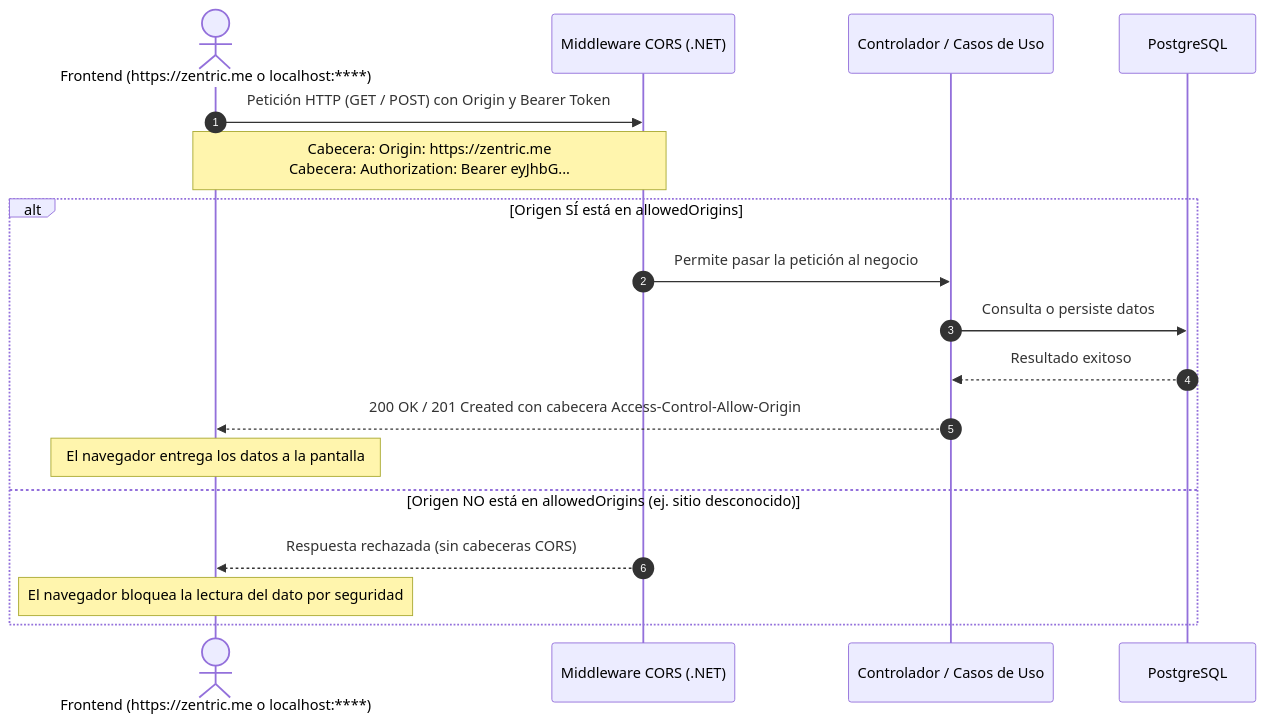
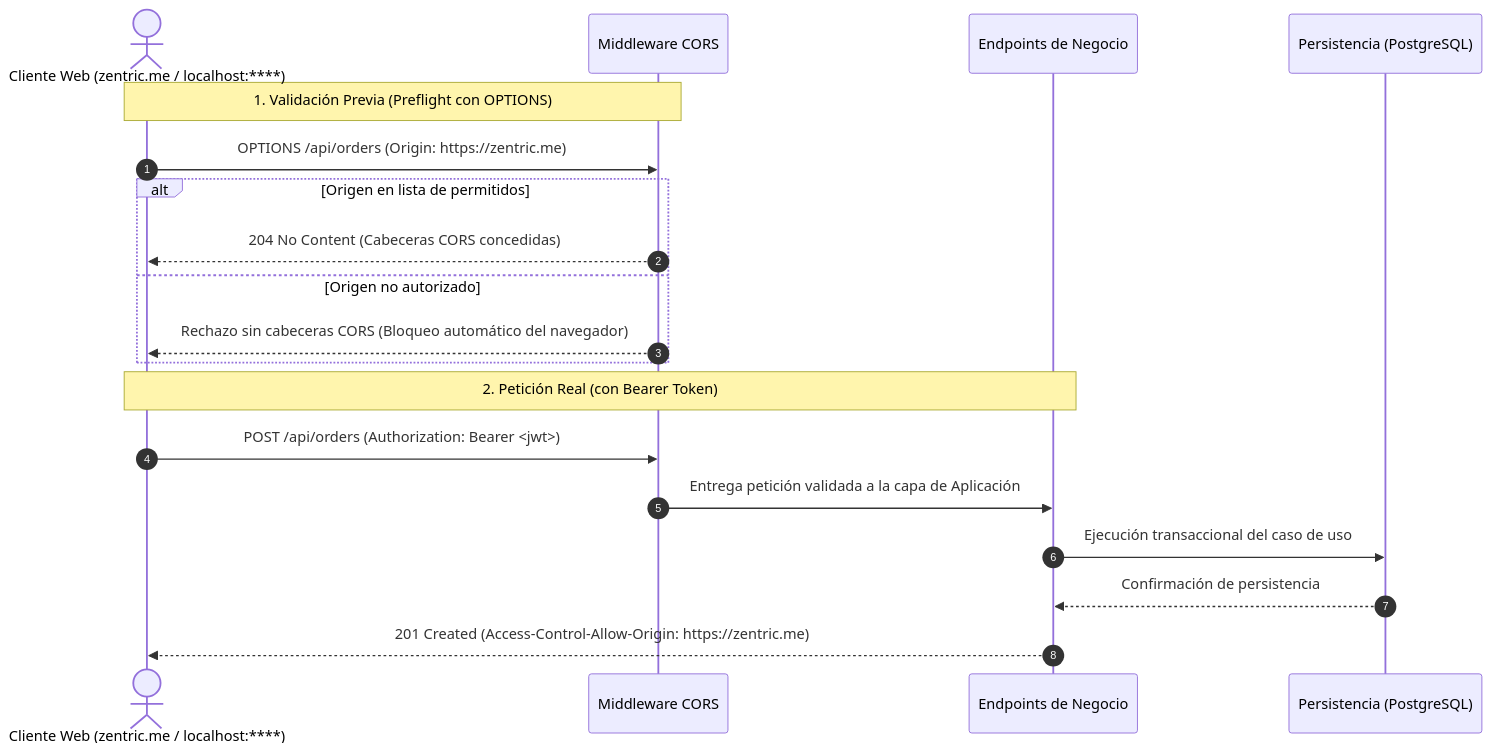
The diagram in backendSDD/Backend-Cors-Security.md (D-MachadoDev/Zentric), drawn with Mermaid before and after one commit. The commit also changed other lines of this file, not shown here.

````diff
--- a/backendSDD/Backend-Cors-Security.md
+++ b/backendSDD/Backend-Cors-Security.md
@@ -109,22 +37,23 @@
 ```mermaid
 sequenceDiagram
     autonumber
-    actor Web as Frontend (https://zentric.me o localhost:****)
-    participant MID as Middleware CORS (.NET)
-    participant API as Controlador / Casos de Uso
-    participant DB as PostgreSQL
+    actor Web as Cliente Web (zentric.me / localhost:****)
+    participant MID as Middleware CORS
+    participant API as Endpoints de Negocio
+    participant DB as Persistencia (PostgreSQL)
 
-    Web->>MID: Petición HTTP (GET / POST) con Origin y Bearer Token
-    Note over Web,MID: Cabecera: Origin: https://zentric.me<br/>Cabecera: Authorization: Bearer eyJhbG...
+    Note over Web,MID: 1. Validación Previa (Preflight con OPTIONS)
+    Web->>MID: OPTIONS /api/orders (Origin: https://zentric.me)
+    alt Origen en lista de permitidos
+        MID-->>Web: 204 No Content (Cabeceras CORS concedidas)
+    else Origen no autorizado
+        MID-->>Web: Rechazo sin cabeceras CORS (Bloqueo automático del navegador)
+    end
 
-    alt Origen SÍ está en allowedOrigins
-        MID->>API: Permite pasar la petición al negocio
-        API->>DB: Consulta o persiste datos
-        DB-->>API: Resultado exitoso
-        API-->>Web: 200 OK / 201 Created con cabecera Access-Control-Allow-Origin
-        Note over Web: El navegador entrega los datos a la pantalla
-    else Origen NO está en allowedOrigins (ej. sitio desconocido)
-        MID-->>Web: Respuesta rechazada (sin cabeceras CORS)
-        Note over Web: El navegador bloquea la lectura del dato por seguridad
-    end
+    Note over Web,API: 2. Petición Real (con Bearer Token)
+    Web->>MID: POST /api/orders (Authorization: Bearer <jwt>)
+    MID->>API: Entrega petición validada a la capa de Aplicación
+    API->>DB: Ejecución transaccional del caso de uso
+    DB-->>API: Confirmación de persistencia
+    API-->>Web: 201 Created (Access-Control-Allow-Origin: https://zentric.me)
 ```
````
